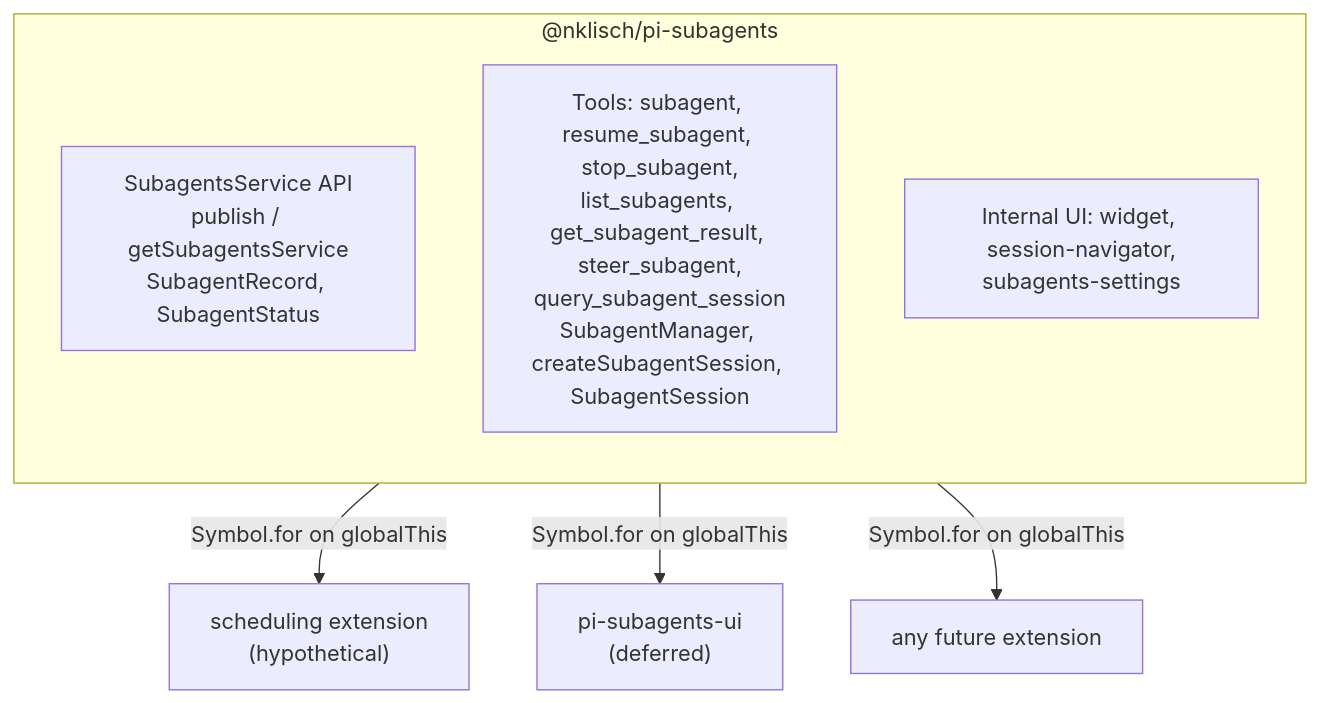
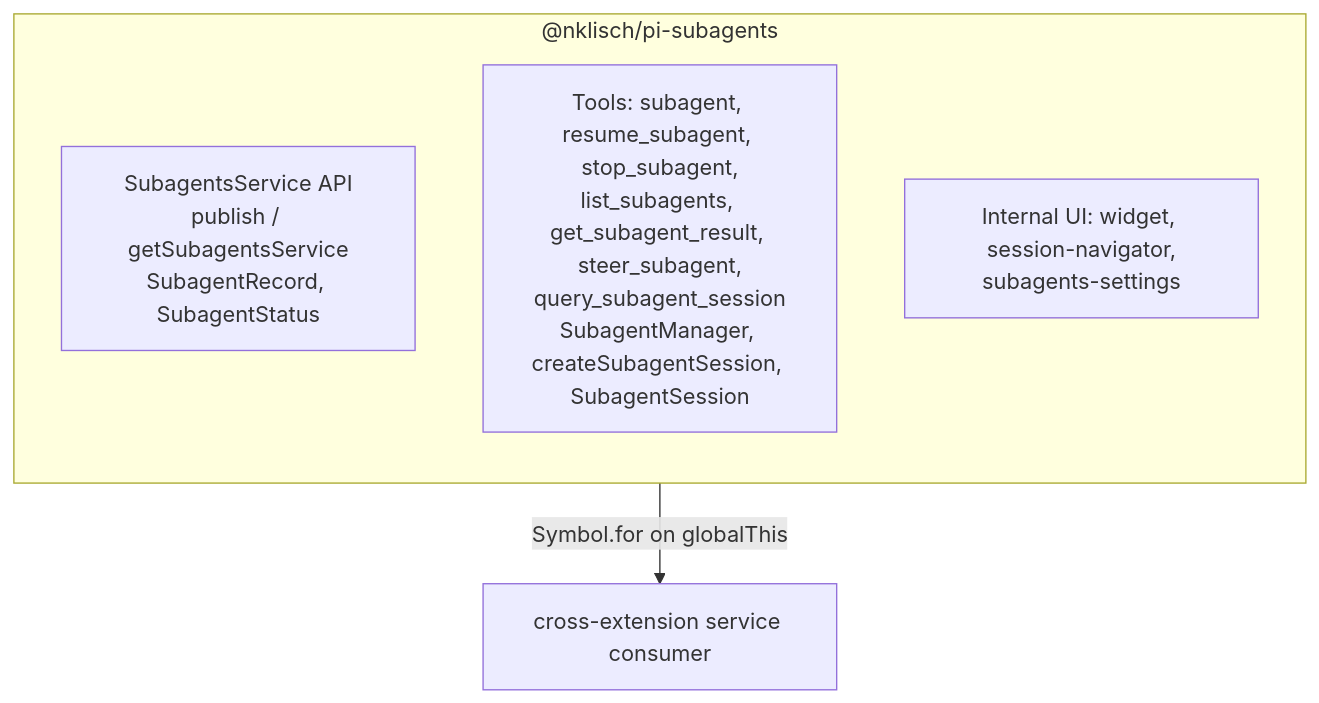
Before and after one commit to nklisch/pi-extensions: the fifth of 5 diagrams in packages/pi-subagents/docs/architecture/architecture.md, drawn with Mermaid. The commit also changed other lines of this file and 70 other files, not shown here.

````diff
--- a/packages/pi-subagents/docs/architecture/architecture.md
+++ b/packages/pi-subagents/docs/architecture/architecture.md
@@ -396,13 +305,11 @@
 ```mermaid
 flowchart TD
     subgraph core["@nklisch/pi-subagents"]
         direction TB
         exports["SubagentsService API<br/>publish / getSubagentsService<br/>SubagentRecord, SubagentStatus"]
         engine["Tools: subagent, resume_subagent, stop_subagent,<br/>list_subagents, get_subagent_result, steer_subagent,<br/>query_subagent_session<br/>SubagentManager, createSubagentSession, SubagentSession"]
         ui_int["Internal UI: widget, session-navigator,<br/>subagents-settings"]
     end
 
-    core -- "Symbol.for on globalThis" --> sched["scheduling extension<br/>(hypothetical)"]
-    core -- "Symbol.for on globalThis" --> subui["pi-subagents-ui<br/>(deferred)"]
-    core -- "Symbol.for on globalThis" --> future["any future extension"]
+    core -- "Symbol.for on globalThis" --> consumer["cross-extension service consumer"]
 ```
````
